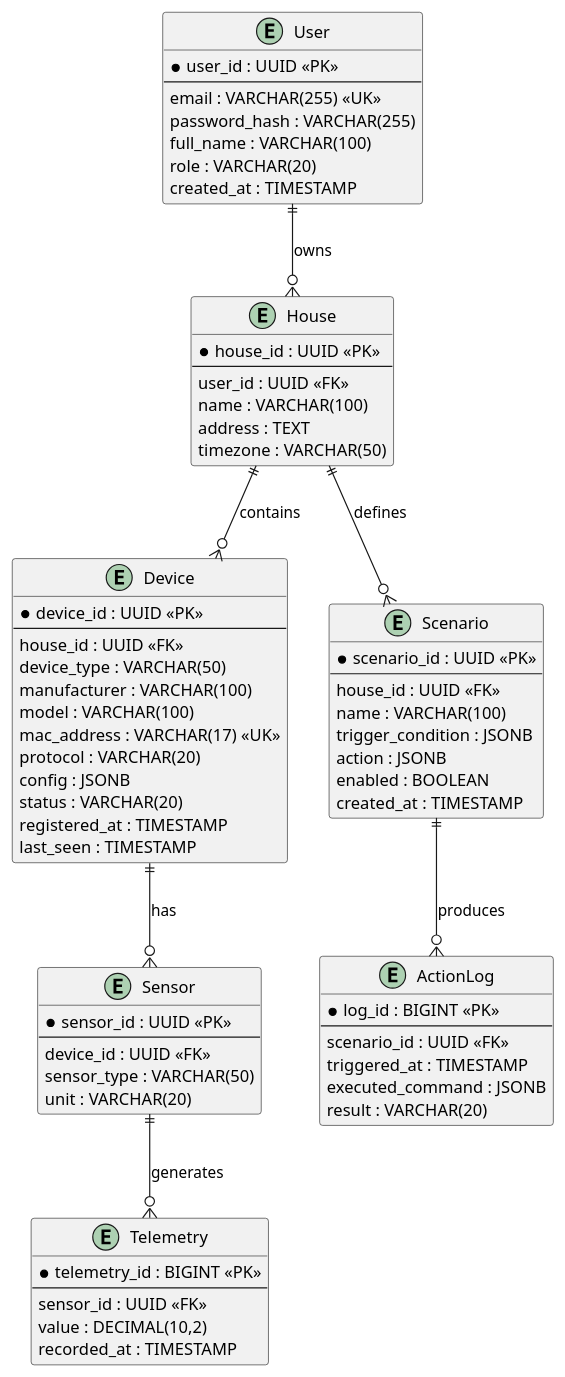
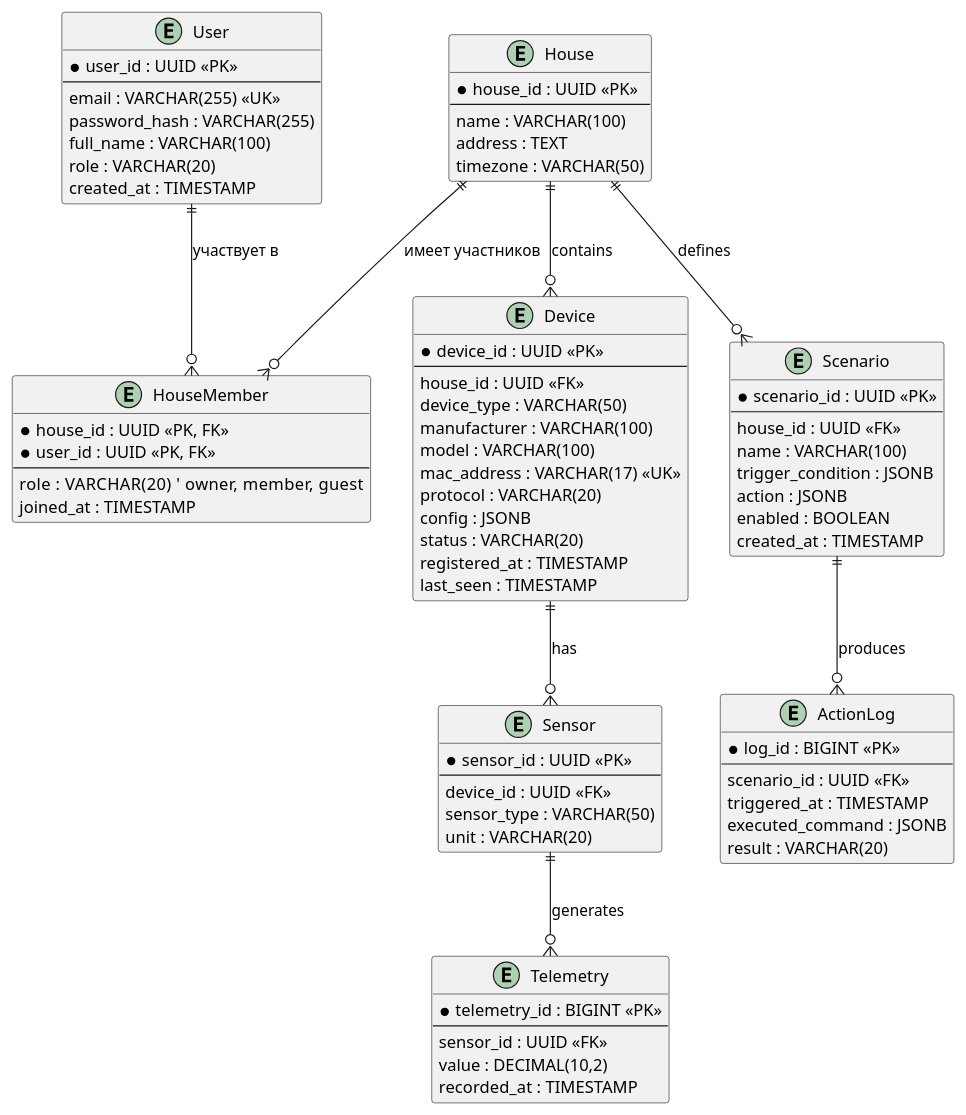
Before and after one commit to timofeevkoffice/sprint1-architecture-warmhouse: the diagram in diagrams/ER/ER.puml, drawn with PlantUML.

Commit message:
many-to-many у house-user

```diff
--- a/diagrams/ER/ER.puml
+++ b/diagrams/ER/ER.puml
@@ -1,81 +1,91 @@
 @startuml
 
 entity User {
   * user_id : UUID <<PK>>
   --
   email : VARCHAR(255) <<UK>>
   password_hash : VARCHAR(255)
   full_name : VARCHAR(100)
   role : VARCHAR(20)
   created_at : TIMESTAMP
 }
 
 entity House {
   * house_id : UUID <<PK>>
   --
-  user_id : UUID <<FK>>
   name : VARCHAR(100)
   address : TEXT
   timezone : VARCHAR(50)
+}
+
+' Связующая таблица для many-to-many
+entity HouseMember {
+  * house_id : UUID <<PK, FK>>
+  * user_id : UUID <<PK, FK>>
+  --
+  role : VARCHAR(20)   ' owner, member, guest
+  joined_at : TIMESTAMP
 }
 
 entity Device {
   * device_id : UUID <<PK>>
   --
   house_id : UUID <<FK>>
   device_type : VARCHAR(50)
   manufacturer : VARCHAR(100)
   model : VARCHAR(100)
   mac_address : VARCHAR(17) <<UK>>
   protocol : VARCHAR(20)
   config : JSONB
   status : VARCHAR(20)
   registered_at : TIMESTAMP
   last_seen : TIMESTAMP
 }
 
 entity Sensor {
   * sensor_id : UUID <<PK>>
   --
   device_id : UUID <<FK>>
   sensor_type : VARCHAR(50)
   unit : VARCHAR(20)
 }
 
 entity Telemetry {
   * telemetry_id : BIGINT <<PK>>
   --
   sensor_id : UUID <<FK>>
   value : DECIMAL(10,2)
   recorded_at : TIMESTAMP
 }
 
 entity Scenario {
   * scenario_id : UUID <<PK>>
   --
   house_id : UUID <<FK>>
   name : VARCHAR(100)
   trigger_condition : JSONB
   action : JSONB
   enabled : BOOLEAN
   created_at : TIMESTAMP
 }
 
 entity ActionLog {
   * log_id : BIGINT <<PK>>
   --
   scenario_id : UUID <<FK>>
   triggered_at : TIMESTAMP
   executed_command : JSONB
   result : VARCHAR(20)
 }
 
-' Связи между сущностями
-User ||--o{ House : owns
+' Связи (теперь many-to-many через HouseMember)
+User ||--o{ HouseMember : "участвует в"
+House ||--o{ HouseMember : "имеет участников"
+
 House ||--o{ Device : contains
 Device ||--o{ Sensor : has
 Sensor ||--o{ Telemetry : generates
 House ||--o{ Scenario : defines
 Scenario ||--o{ ActionLog : produces
 
 @enduml
```
